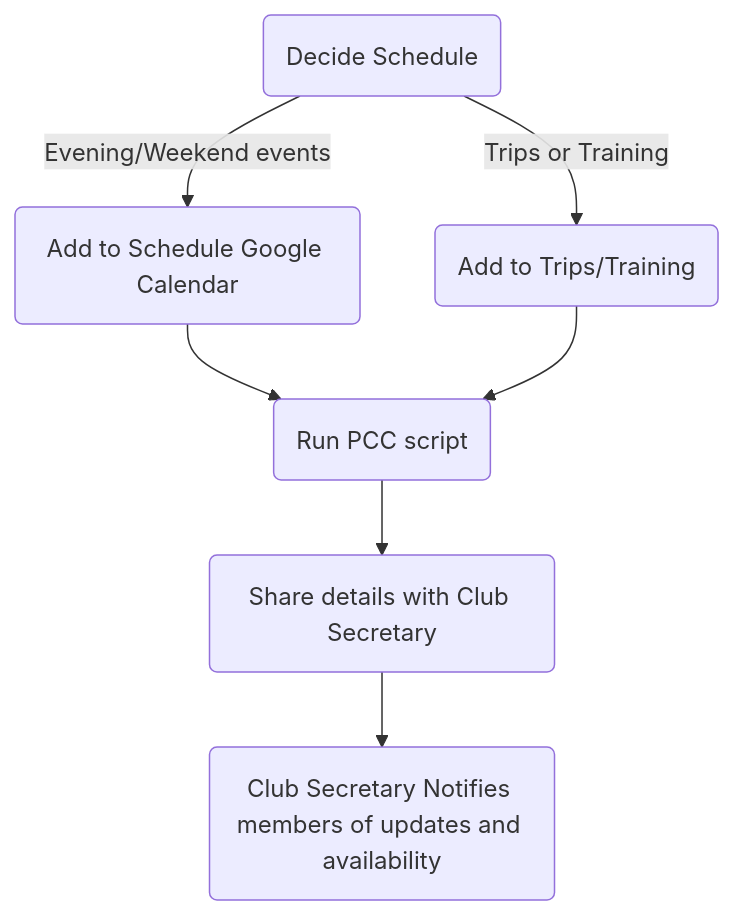
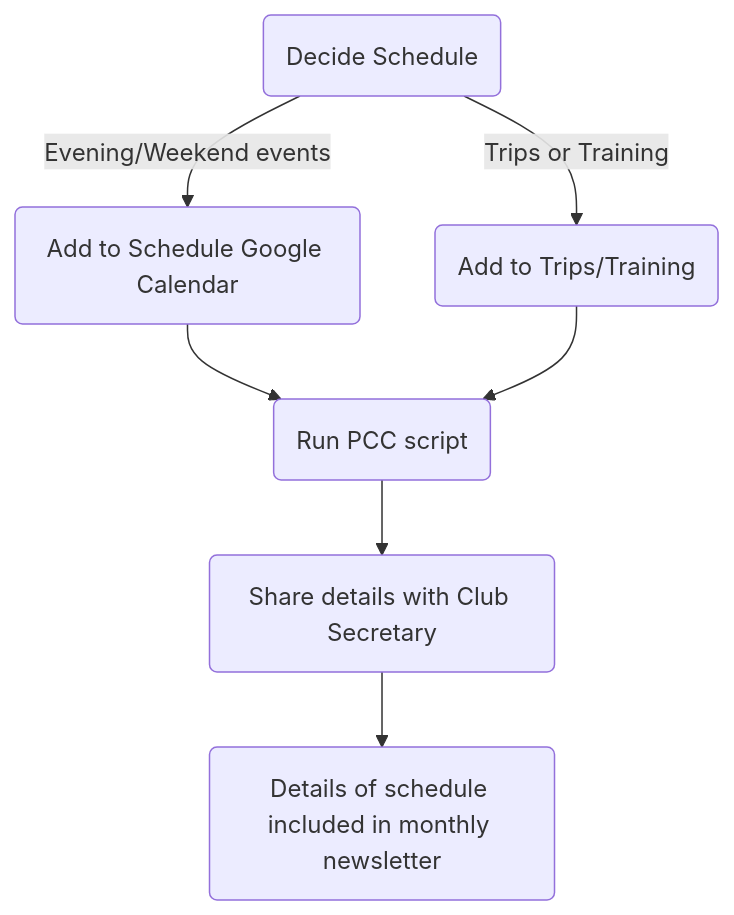
Before and after one commit to slackline/pcc-admin: the diagram in docs/calendar.md, drawn with Mermaid. The commit also changed other lines of this file and 9 other files, not shown here.

````diff
--- a/docs/calendar.md
+++ b/docs/calendar.md
@@ -11,9 +11,9 @@
 ```mermaid
 flowchart TD
     A(Decide Schedule) --> |Evening/Weekend events| B(Add to Schedule Google Calendar)
     A -->|Trips or Training| C(Add to Trips/Training)
     B --> D(Run PCC script)
     C --> D
     D --> E(Share details with Club Secretary)
-    E --> F(Club Secretary Notifies members of updates and availability)
+    E --> F(Details of schedule included in monthly newsletter)
 ```
````
